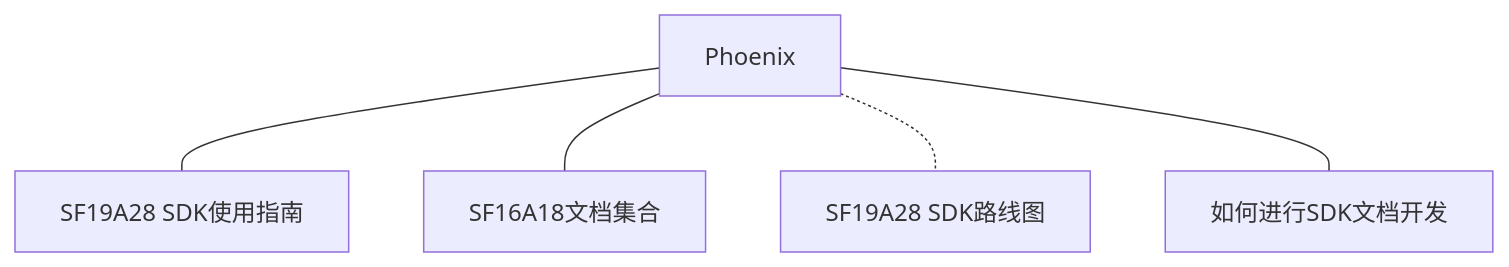
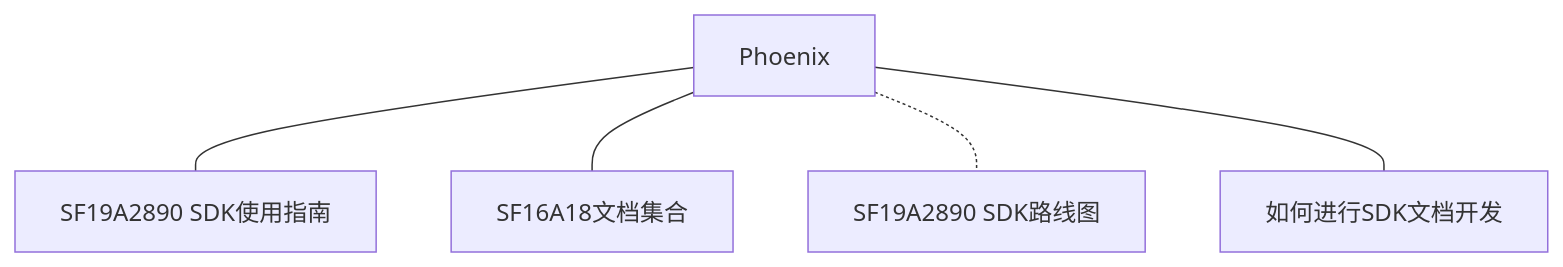
One commit to Siflower/siflower.github.io changed the first of 9 diagrams in _posts/roadmap/2020-07-22-A28_SDK_guide.md. Above: the diagram before and after it, drawn with Mermaid. The commit also changed other lines of this file and 8 other files, not shown here.

````diff
--- a/_posts/roadmap/2020-07-22-A28_SDK_guide.md
+++ b/_posts/roadmap/2020-07-22-A28_SDK_guide.md
@@ -147,15 +147,15 @@
 ```mermaid
 graph TB
 
 S[Phoenix]
-S---S1[SF19A28 SDK使用指南]
+S---S1[SF19A2890 SDK使用指南]
 S---S2[SF16A18文档集合]
-S-.-S4[SF19A28 SDK路线图]
+S-.-S4[SF19A2890 SDK路线图]
 S---S3[如何进行SDK文档开发]
 
-click S1 "https://siflower.github.io/2020/07/22/A28_SDK_guide/" "SF19A28 SDK使用指南"
+click S1 "https://siflower.github.io/2020/07/22/A28_SDK_guide/" "SF19A2890 SDK使用指南"
 click S2 "https://siflower.github.io/2020/07/16/SF16A18-Total/" "SF16A18文档集合"
 click S3 "https://siflower.github.io/2020/07/16/Introduce/" "如何进行SDK文档开发"
-click S4 "https://siflower.github.io/2020/07/17/A28_roadmap/" "SF19A28 SDK 路线图"
+click S4 "https://siflower.github.io/2020/07/17/A28_roadmap/" "SF19A2890 SDK 路线图"
 
 ```
````
